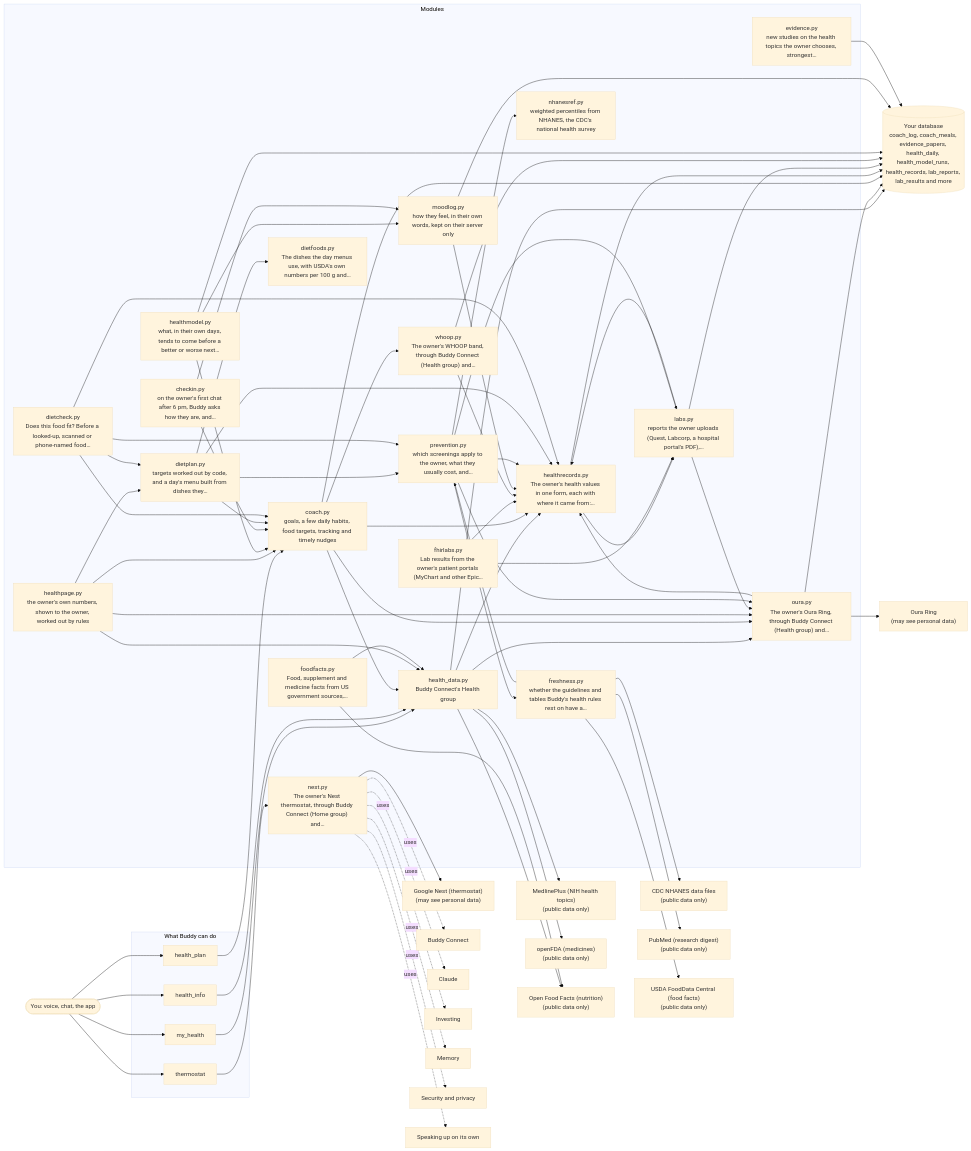
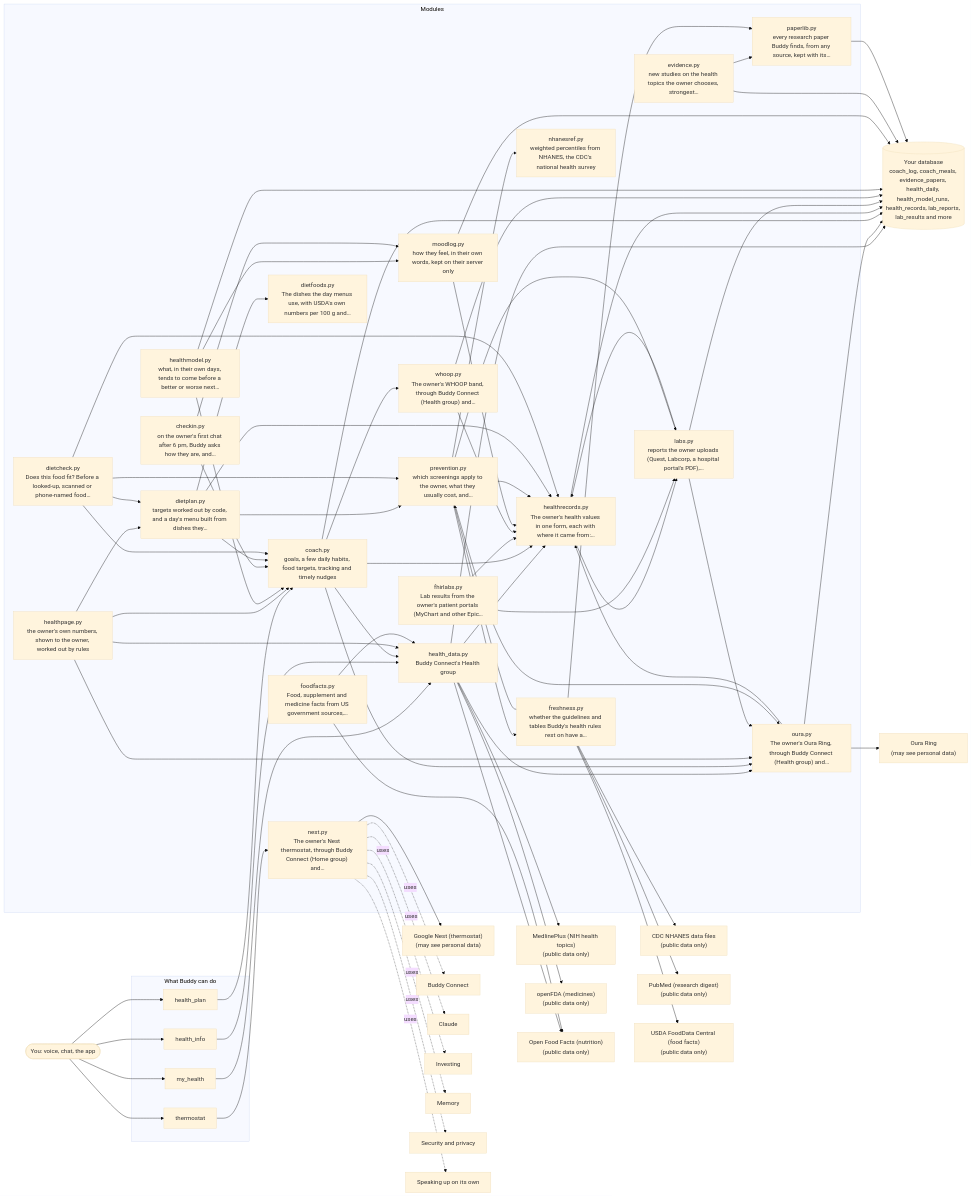
Before and after one commit to aneesh304810/BuddyAgent: the diagram in docs/architecture/17-home-and-health.md, drawn with Mermaid (base theme). The commit also changed other lines of this file and 25 other files, not shown here.

```diff
--- a/docs/architecture/17-home-and-health.md
+++ b/docs/architecture/17-home-and-health.md
@@ -34,6 +34,7 @@
         dietfoods_py["dietfoods.py<br/>The dishes the day menus use, with USDA's own numbers per 100 g and…"]
         dietcheck_py["dietcheck.py<br/>Does this food fit? Before a looked-up, scanned or phone-named food…"]
         freshness_py["freshness.py<br/>whether the guidelines and tables Buddy's health rules rest on have a…"]
+        paperlib_py["paperlib.py<br/>every research paper Buddy finds, from any source, kept with its…"]
     end
     you --> t_thermostat
     t_thermostat --> nest_py
@@ -71,6 +72,7 @@
     prevention_py --> nhanesref_py
     prevention_py --> oura_py
     foodfacts_py --> health_data_py
+    evidence_py --> paperlib_py
     dietplan_py --> coach_py
     dietplan_py --> dietfoods_py
     dietplan_py --> healthrecords_py
@@ -79,6 +81,7 @@
     dietcheck_py --> dietplan_py
     dietcheck_py --> healthrecords_py
     dietcheck_py --> prevention_py
+    freshness_py --> paperlib_py
     freshness_py --> prevention_py
     db[("Your database<br/>coach_log, coach_meals, evidence_papers, health_daily, health_model_runs, health_records, lab_reports, lab_results and more")]
     health_data_py --> db
@@ -90,6 +93,7 @@
     healthmodel_py --> db
     moodlog_py --> db
     evidence_py --> db
+    paperlib_py --> db
     s_medlineplus["MedlinePlus (NIH health topics)<br/>(public data only)"]
     health_data_py --> s_medlineplus
     s_nest["Google Nest (thermostat)<br/>(may see personal data)"]
```
